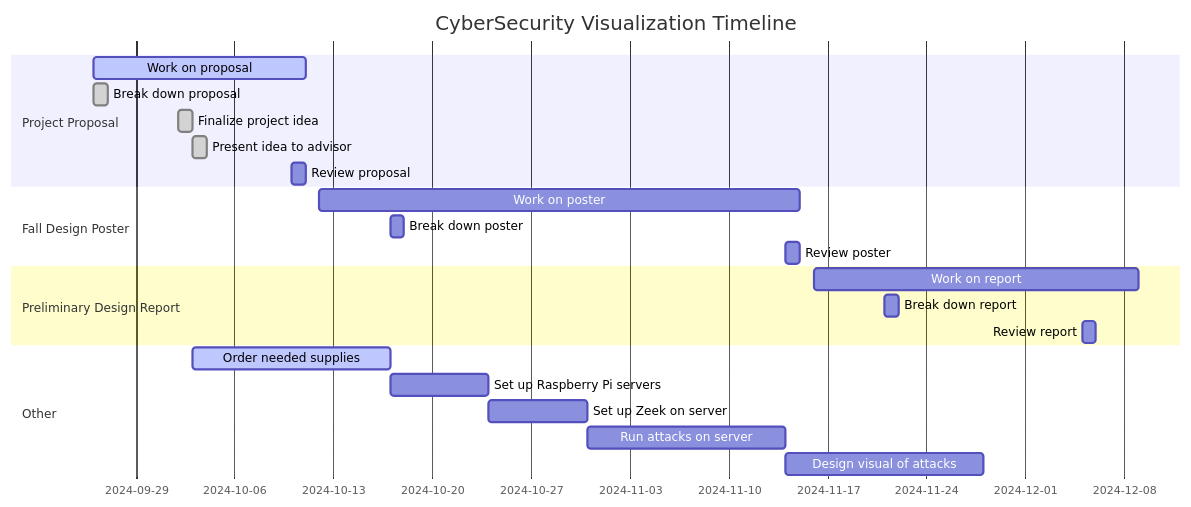
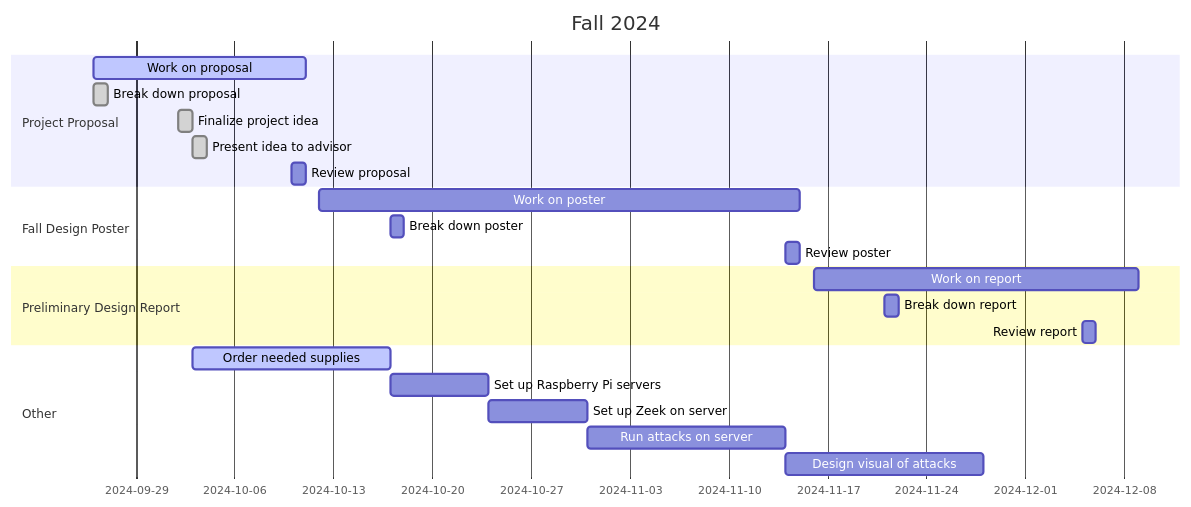
The diagram in src/ProjectGanttChart.qmd (VCU-CS-Capstone/CS-25-341-CyberSecurity-Visualization), drawn with Mermaid before and after one commit. The commit also changed other lines of this file and 1 other file, not shown here.

Commit message:
Revised Gantt Chart Titles

````diff
--- a/src/ProjectGanttChart.qmd
+++ b/src/ProjectGanttChart.qmd
@@ -16,30 +16,30 @@
 ```{mermaid}
 gantt
     dateFormat  MM-DD
-    title       CyberSecurity Visualization Timeline
+    title       Fall 2024
 
     section Project Proposal
     Work on proposal                    :active,    09-26, 10-11
     Break down proposal                 :done,      09-26, 1d
     Finalize project idea               :done,      10-02, 1d
     Present idea to advisor             :done,      10-03, 1d
     Review proposal                     :           10-10, 1d
 
     section Fall Design Poster
     Work on poster                      :           10-12, 11-15
     Break down poster                   :           10-17, 1d
     Review poster                       :           11-14, 1d
 
     section Preliminary Design Report
     Work on report                      :           11-16, 12-09
     Break down report                   :           11-21, 1d
     Review report                       :           12-05, 1d
 
     section Other
     Order needed supplies               :active,    task1,       10-03, 2w
     Set up Raspberry Pi servers         :           task2, after task1, 1w
     Set up Zeek on server               :           task3, after task2, 1w
     Run attacks on server               :           task4, after task3, 2w
     Design visual of attacks            :           task5, after task4, 2w
 
 ```
````
